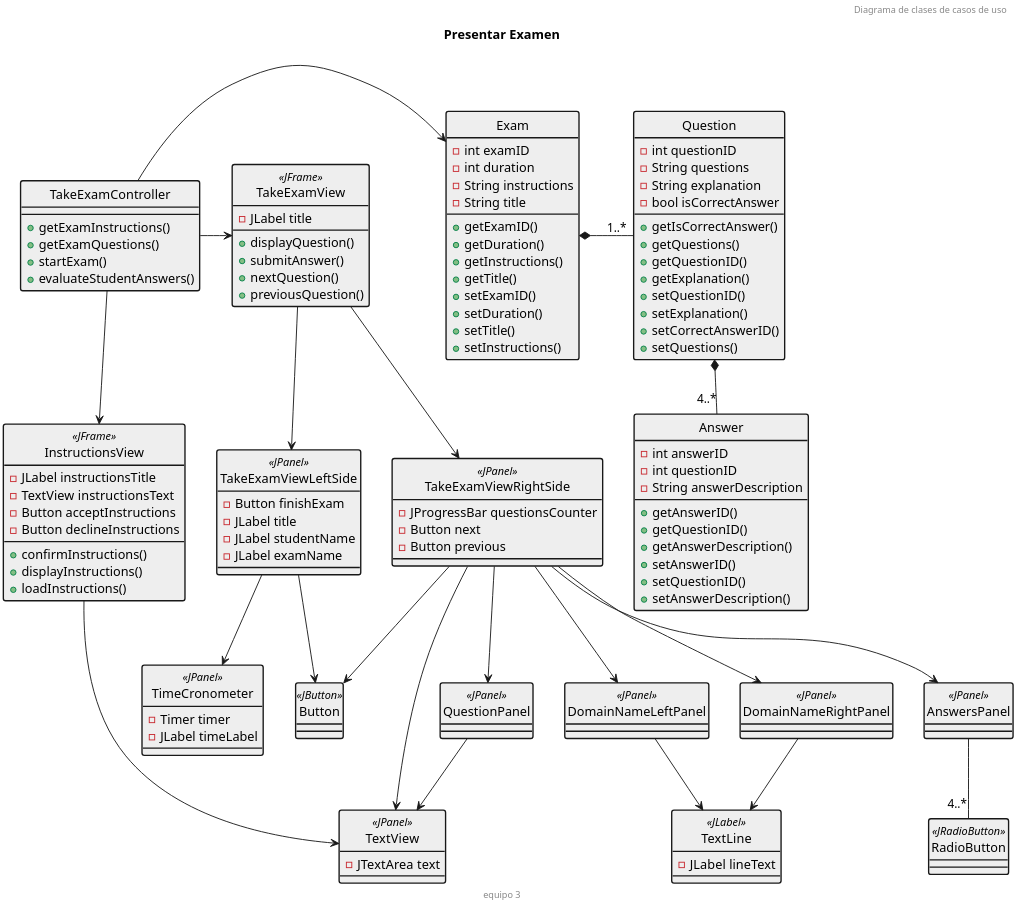
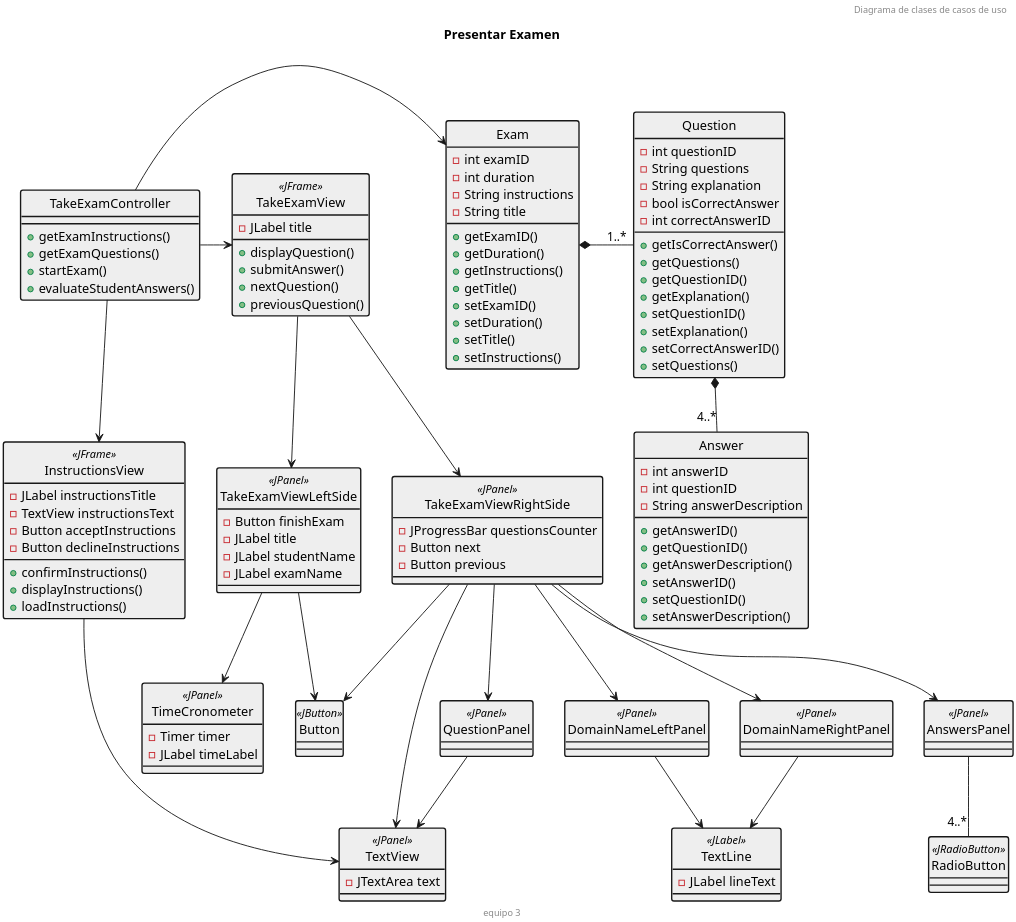
The diagram in diagramaClasesDeDiseño.plantuml (febres35/EdTech_IS), drawn with PlantUML before and after one commit.

Commit message:
Se agregaron los tipos a metodos get Se agregó un nuevo atributo a la clase Question

```diff
--- a/diagramaClasesDeDiseño.plantuml
+++ b/diagramaClasesDeDiseño.plantuml
@@ -1,147 +1,148 @@
 @startuml "Diagrama de clases"
 header Diagrama de clases de casos de uso
 title  Presentar Examen 
 footer equipo 3
 
 skinparam style strictuml
 skinparam ClassBackGroundColor EEEEEE
 skinparam ClassBorderThickness 1.5
 skinparam dpi 300
 
 class InstructionsView <<JFrame>>{
     -JLabel instructionsTitle
     -TextView instructionsText
     -Button acceptInstructions
     -Button declineInstructions
     +confirmInstructions()
     +displayInstructions()
     +loadInstructions()
 }
 
 class Button <<JButton>>{
 }
 
 class RadioButton <<JRadioButton>>{    
 }
 
 class TextView <<JPanel>>{
     -JTextArea text
 }
 
 class TextLine <<JLabel>>{
     -JLabel lineText
 }
 
 class TakeExamController{    
     +getExamInstructions()
     +getExamQuestions()
     +startExam()
     +evaluateStudentAnswers()
 }
 
 class TakeExamView <<JFrame>>{ 
     -JLabel title   
     +displayQuestion()
     +submitAnswer()
     +nextQuestion()
     +previousQuestion()
 }
 
 class TakeExamViewLeftSide <<JPanel>>{
     -Button finishExam
     -JLabel title
     -JLabel studentName
     -JLabel examName
 
 }
 
 class TimeCronometer <<JPanel>>{
     -Timer timer
     -JLabel timeLabel
 }
 
 class TakeExamViewRightSide <<JPanel>>{
     -JProgressBar questionsCounter
     -Button next
     -Button previous
 }
 
 class DomainNameLeftPanel<<JPanel>>{
 }
 
 class DomainNameRightPanel<<JPanel>>{
 }
 
 class QuestionPanel <<JPanel>>{
     
 }
 
 class AnswersPanel <<JPanel>>{
 
 }
 
 class Exam{
     -int examID
     -int duration
     -String instructions
     -String title
     +getExamID()
     +getDuration()
     +getInstructions()
     +getTitle()
     +setExamID()
     +setDuration()
     +setTitle()
     +setInstructions()
 }
 
 class Question{
     -int questionID
     -String questions
     -String explanation
     -bool isCorrectAnswer
+    -int correctAnswerID
     +getIsCorrectAnswer()
     +getQuestions()
     +getQuestionID()
     +getExplanation()
     +setQuestionID()
     +setExplanation()
     +setCorrectAnswerID()
     +setQuestions()
 }
 
 class Answer{
     -int answerID
     -int questionID
     -String answerDescription
     +getAnswerID()
     +getQuestionID()
     +getAnswerDescription()
     +setAnswerID()
     +setQuestionID()
     +setAnswerDescription() 
 }
 
 TakeExamController->Exam
 TakeExamController-down->InstructionsView
 InstructionsView-->TextView
 TakeExamController->TakeExamView
 TakeExamView-->TakeExamViewLeftSide
 TakeExamView-->TakeExamViewRightSide
 TakeExamViewRightSide-->TextView
 TakeExamViewRightSide-->QuestionPanel
 TakeExamViewRightSide-->AnswersPanel
 TakeExamViewRightSide-->DomainNameLeftPanel
 TakeExamViewRightSide-->DomainNameRightPanel
 TakeExamViewRightSide-->Button
 TakeExamViewLeftSide-->Button
 TakeExamViewLeftSide-->TimeCronometer
 DomainNameLeftPanel-->TextLine
 DomainNameRightPanel-->TextLine
 QuestionPanel-->TextView
 AnswersPanel--"4..*"RadioButton
 Exam *- "1..*" Question
 Question *-down- "4..*" Answer
 
 
 @enduml
```
